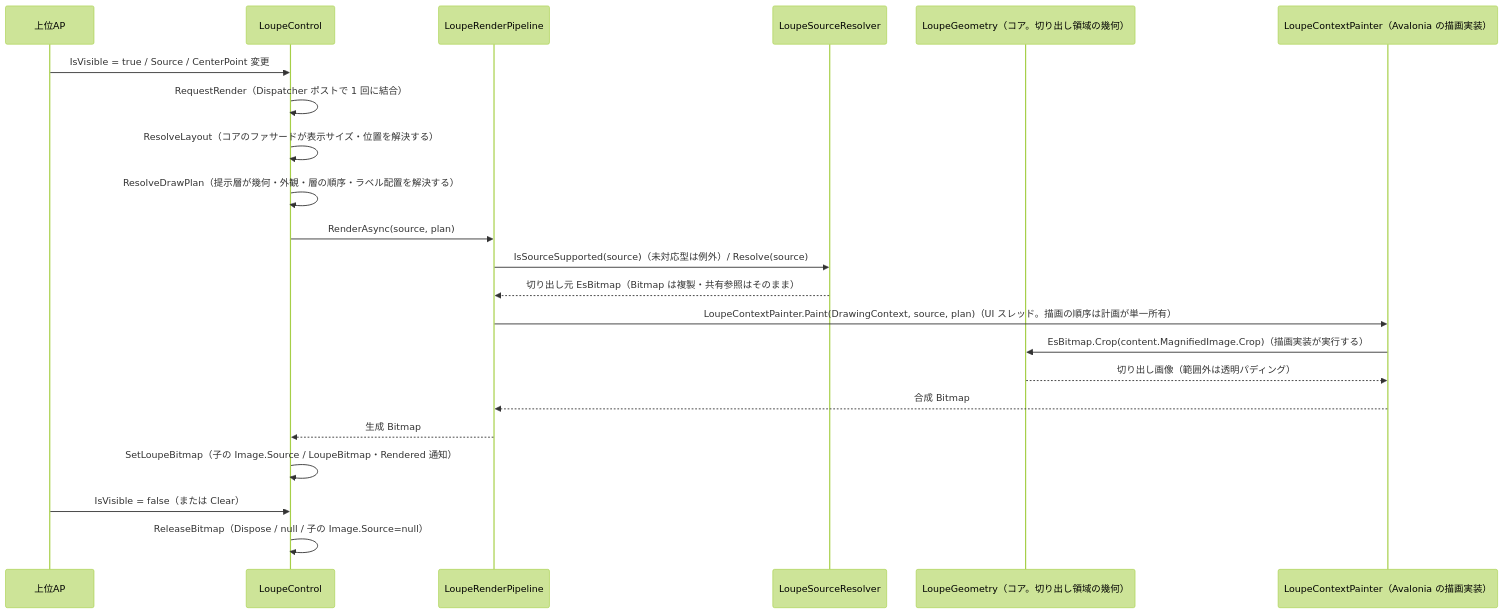
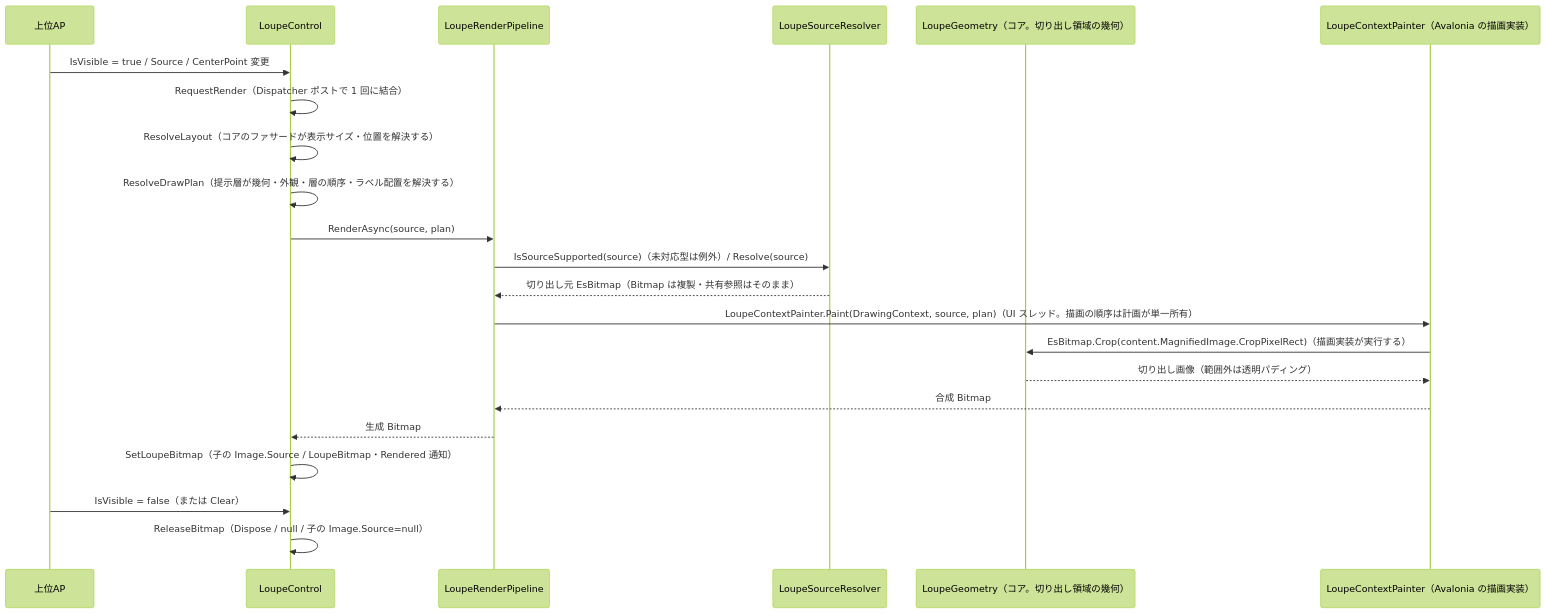
Before and after one commit to tomokuni/SaveEvidence: the second of 2 diagrams in src/LoupeControl.AvaloniaUI/SPEC_System.md, drawn with Mermaid (forest theme). The commit also changed 20 other files, not shown here.

````diff
--- a/src/LoupeControl.AvaloniaUI/SPEC_System.md
+++ b/src/LoupeControl.AvaloniaUI/SPEC_System.md
@@ -239,26 +239,26 @@
 ```mermaid
 sequenceDiagram
     participant AP as 上位AP
     participant Ctl as LoupeControl
     participant Pl as LoupeRenderPipeline
     participant Sr as LoupeSourceResolver
     participant Ext as LoupeGeometry（コア。切り出し領域の幾何）
     participant Rdr as LoupeContextPainter（Avalonia の描画実装）
 
     AP->>Ctl: IsVisible = true / Source / CenterPoint 変更
     Ctl->>Ctl: RequestRender（Dispatcher ポストで 1 回に結合）
     Ctl->>Ctl: ResolveLayout（コアのファサードが表示サイズ・位置を解決する）
     Ctl->>Ctl: ResolveDrawPlan（提示層が幾何・外観・層の順序・ラベル配置を解決する）
     Ctl->>Pl: RenderAsync(source, plan)
     Pl->>Sr: IsSourceSupported(source)（未対応型は例外）/ Resolve(source)
     Sr-->>Pl: 切り出し元 EsBitmap（Bitmap は複製・共有参照はそのまま）
     Pl->>Rdr: LoupeContextPainter.Paint(DrawingContext, source, plan)（UI スレッド。描画の順序は計画が単一所有）
-    Rdr->>Ext: EsBitmap.Crop(content.MagnifiedImage.Crop)（描画実装が実行する）
+    Rdr->>Ext: EsBitmap.Crop(content.MagnifiedImage.CropPixelRect)（描画実装が実行する）
     Ext-->>Rdr: 切り出し画像（範囲外は透明パディング）
     Rdr-->>Pl: 合成 Bitmap
     Pl-->>Ctl: 生成 Bitmap
     Ctl->>Ctl: SetLoupeBitmap（子の Image.Source / LoupeBitmap・Rendered 通知）
 
     AP->>Ctl: IsVisible = false（または Clear）
     Ctl->>Ctl: ReleaseBitmap（Dispose / null / 子の Image.Source=null）
 ```
````
